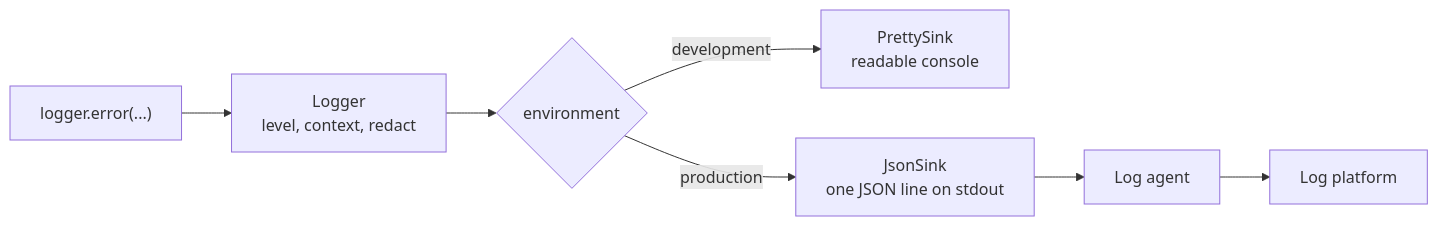
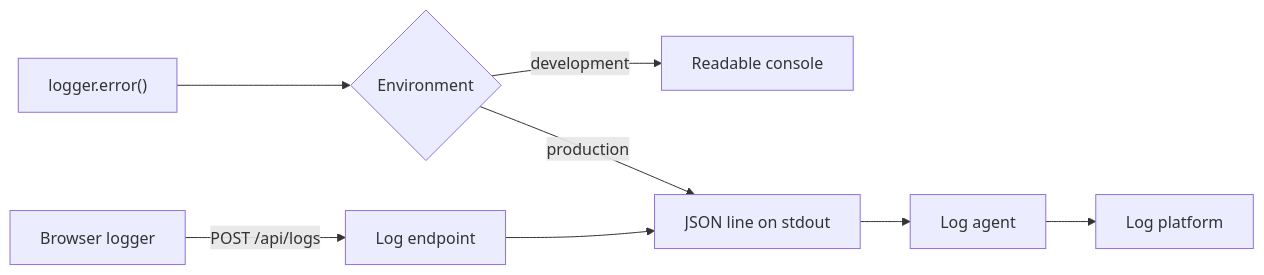
The second of 3 diagrams in topics/logging/README.md (christiansany/cas-fee-26-frontend-challenges), drawn with Mermaid before and after one commit. The commit also changed other lines of this file and 8 other files, not shown here.

````diff
--- a/topics/logging/README.md
+++ b/topics/logging/README.md
@@ -66,8 +87,8 @@
 ```mermaid
 flowchart LR
-  code["logger.error(...)"] --> logger["Logger<br/>level, context, redact"]
-  logger --> choice{environment}
-  choice -->|development| pretty["PrettySink<br/>readable console"]
-  choice -->|production| json["JsonSink<br/>one JSON line on stdout"]
-  json --> agent["Log agent"] --> platform["Log platform"]
+  code["logger.error()"] --> env{"Environment"}
+  env -->|development| pretty["Readable console"]
+  env -->|production| stdout["JSON line on stdout"]
+  stdout --> agent["Log agent"] --> platform["Log platform"]
+  browser["Browser logger"] -->|"POST /api/logs"| endpoint["Log endpoint"] --> stdout
 ```
````
